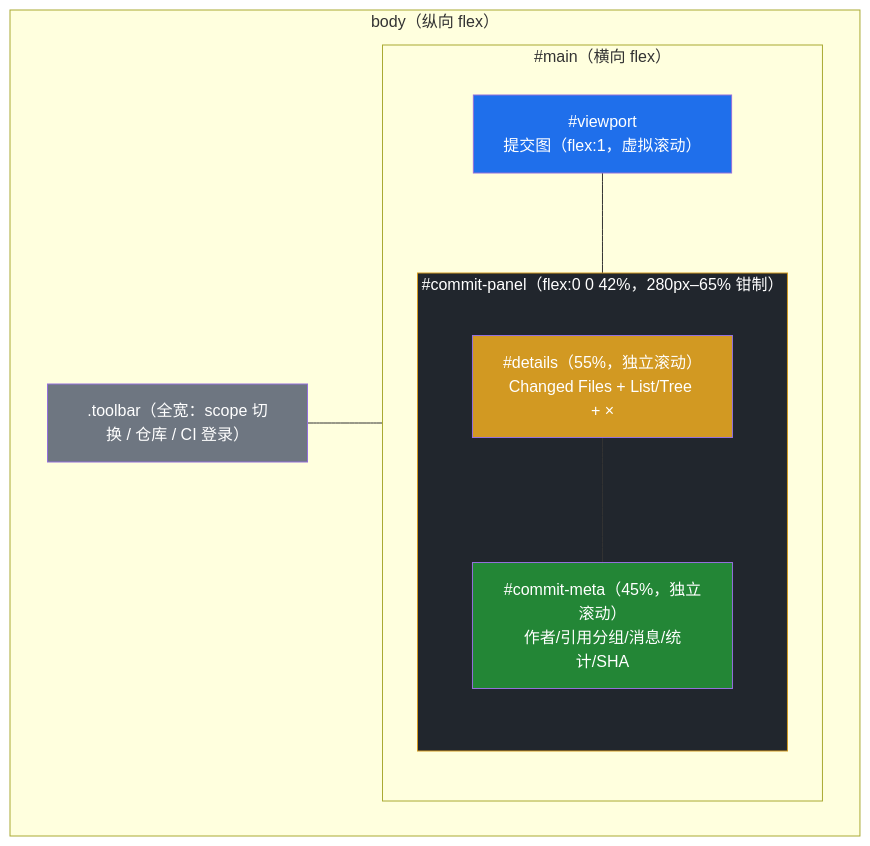
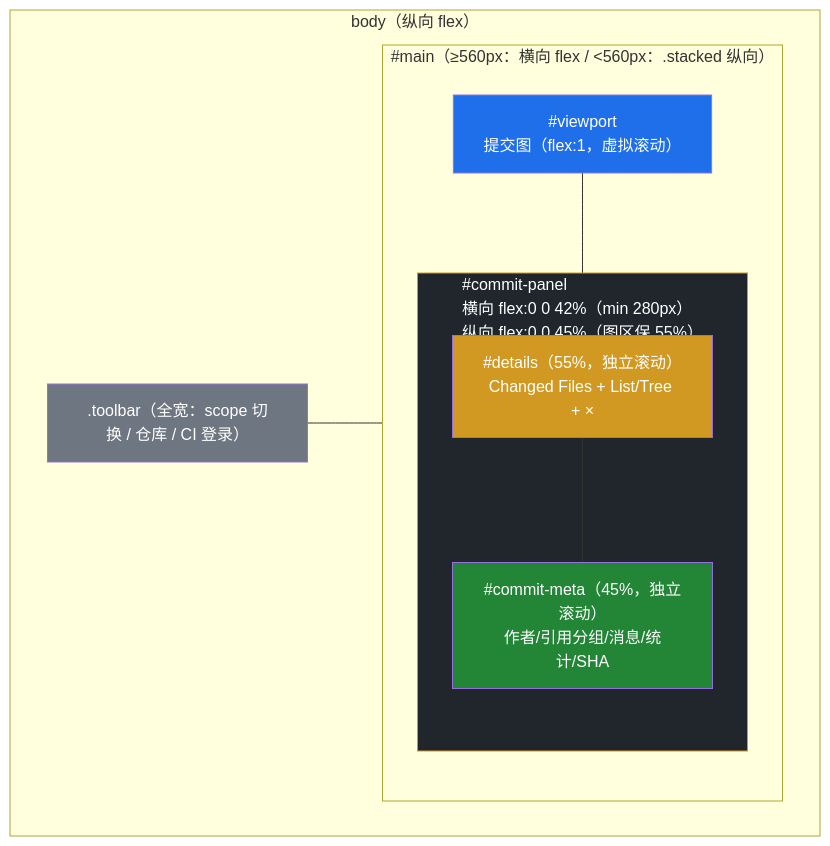
The first of 2 diagrams in docs/features/log-commit-detail-panel.md (ThreeFish-AI/hyper-git), drawn with Mermaid before and after one commit. The commit also changed other lines of this file and 2 other files, not shown here.

First line of the commit message:
fix(Log): 详情面板收起守卫补可见性校验、窄视图分栏自动降级;

````diff
--- a/docs/features/log-commit-detail-panel.md
+++ b/docs/features/log-commit-detail-panel.md
@@ -9,21 +9,21 @@
 ```mermaid
 flowchart TB
   subgraph body["body（纵向 flex）"]
     T[".toolbar（全宽：scope 切换 / 仓库 / CI 登录）"]
-    subgraph main["#main（横向 flex）"]
+    subgraph main["#main（≥560px：横向 flex / &lt;560px：.stacked 纵向）"]
       VP["#viewport<br/>提交图（flex:1，虚拟滚动）"]
-      subgraph panel["#commit-panel（flex:0 0 42%，280px–65% 钳制）"]
+      subgraph panel["#commit-panel<br/>横向 flex:0 0 42%（min 280px）<br/>纵向 flex:0 0 45%（图区保 55%）"]
         D["#details（55%，独立滚动）<br/>Changed Files + List/Tree + ×"]
         M["#commit-meta（45%，独立滚动）<br/>作者/引用分组/消息/统计/SHA"]
       end
     end
   end
   T --- main
   VP --- panel
   D --- M
   style T fill:#6e7681,color:#fff
   style VP fill:#1f6feb,color:#fff
   style panel fill:#21262d,stroke:#d29922,color:#fff
   style D fill:#d29922,color:#fff
   style M fill:#238636,color:#fff
 ```
````
